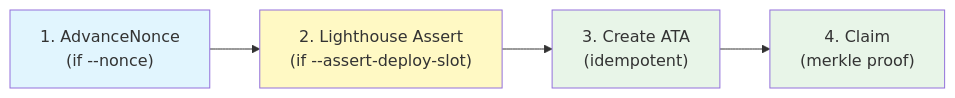
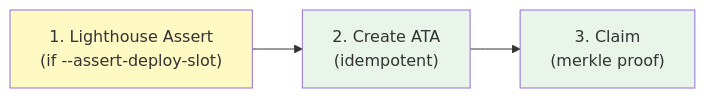
One commit to exp0nge/jito-bam-boost-cli changed the second of 2 diagrams in README.md. Above: the diagram before and after it, drawn with Mermaid. The commit also changed other lines of this file and 6 other files, not shown here.

````diff
--- a/README.md
+++ b/README.md
@@ -274,11 +229,9 @@
 ```mermaid
 graph LR
-    A["1. AdvanceNonce<br/>(if --nonce)"] --> B["2. Lighthouse Assert<br/>(if --assert-deploy-slot)"]
-    B --> C["3. Create ATA<br/>(idempotent)"]
-    C --> D["4. Claim<br/>(merkle proof)"]
+    B["1. Lighthouse Assert<br/>(if --assert-deploy-slot)"] --> C["2. Create ATA<br/>(idempotent)"]
+    C --> D["3. Claim<br/>(merkle proof)"]
 
-    style A fill:#e1f5fe
     style B fill:#fff9c4
     style C fill:#e8f5e8
     style D fill:#e8f5e8
 ```
````
